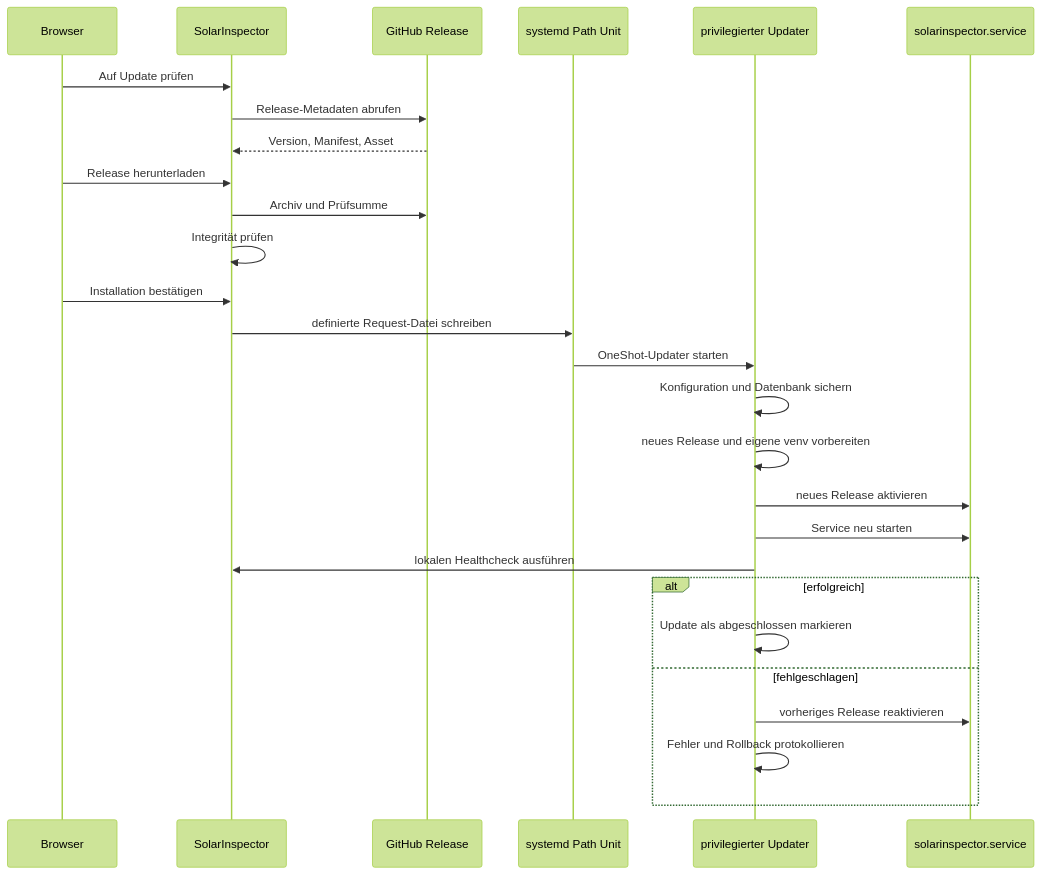
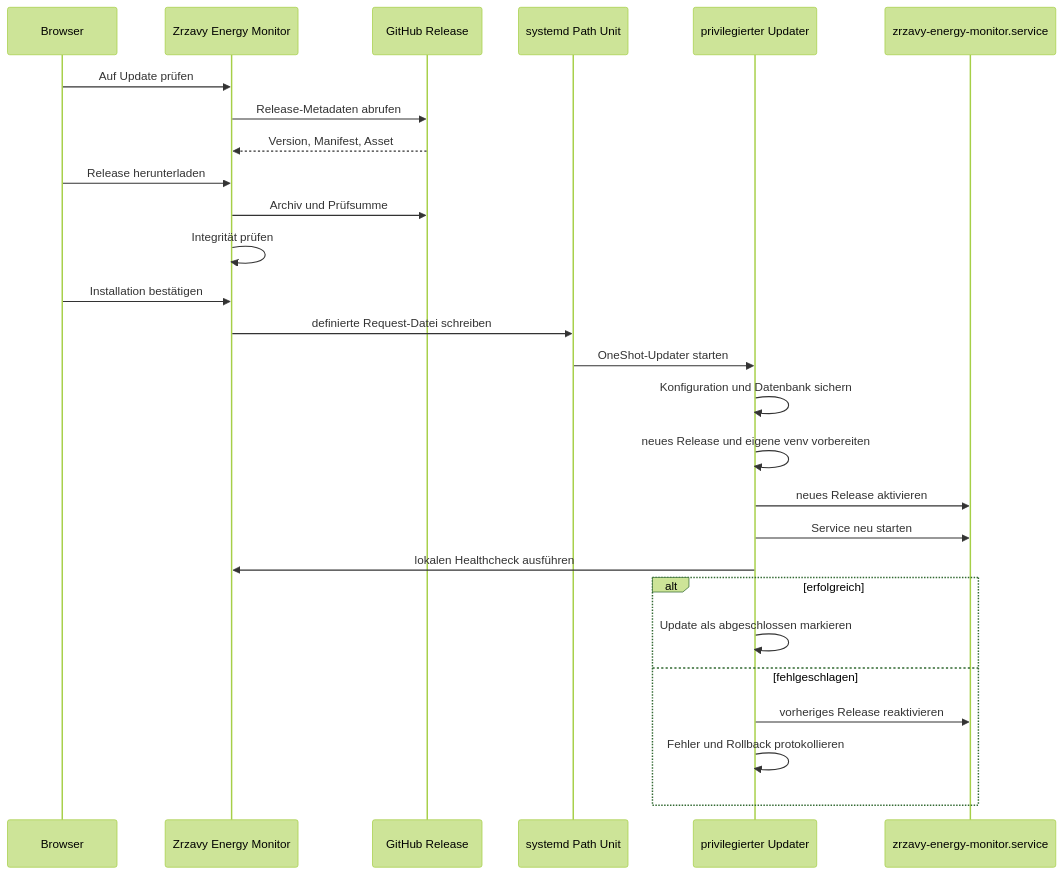
One commit to zrzavywa/SolarInspector changed the diagram in docs/updates.md. Above: the diagram before and after it, drawn with Mermaid (forest theme). The commit also changed other lines of this file and 271 other files, not shown here.

Commit message:
Finalize Zrzavy Energy Monitor repository migration

````diff
--- a/docs/updates.md
+++ b/docs/updates.md
@@ -7,30 +7,30 @@
 ```mermaid
 sequenceDiagram
     participant B as Browser
-    participant A as SolarInspector
+    participant A as Zrzavy Energy Monitor
     participant G as GitHub Release
     participant P as systemd Path Unit
     participant U as privilegierter Updater
-    participant S as solarinspector.service
+    participant S as zrzavy-energy-monitor.service
 
     B->>A: Auf Update prüfen
     A->>G: Release-Metadaten abrufen
     G-->>A: Version, Manifest, Asset
     B->>A: Release herunterladen
     A->>G: Archiv und Prüfsumme
     A->>A: Integrität prüfen
     B->>A: Installation bestätigen
     A->>P: definierte Request-Datei schreiben
     P->>U: OneShot-Updater starten
     U->>U: Konfiguration und Datenbank sichern
     U->>U: neues Release und eigene venv vorbereiten
     U->>S: neues Release aktivieren
     U->>S: Service neu starten
     U->>A: lokalen Healthcheck ausführen
     alt erfolgreich
         U->>U: Update als abgeschlossen markieren
     else fehlgeschlagen
         U->>S: vorheriges Release reaktivieren
         U->>U: Fehler und Rollback protokollieren
     end
 ```
````
